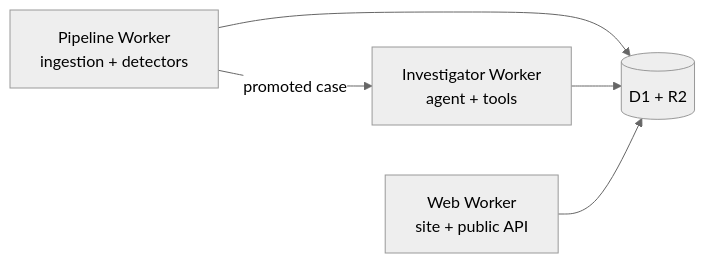
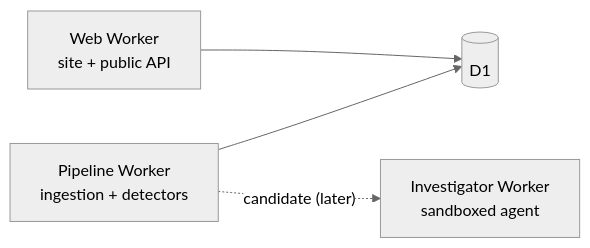
One commit to EzraApple/public-patterns changed the second of 2 diagrams in ARCHITECTURE.md. Above: the diagram before and after it, drawn with Mermaid (neutral theme). The commit also changed other lines of this file and 102 other files, not shown here.

````diff
--- a/ARCHITECTURE.md
+++ b/ARCHITECTURE.md
@@ -62,12 +68,11 @@
 ```mermaid
 flowchart LR
     Web["Web Worker<br/>site + public API"]
     Pipeline["Pipeline Worker<br/>ingestion + detectors"]
-    Investigator["Investigator Worker<br/>agent + tools"]
-    Storage[("D1 + R2")]
+    Investigator["Investigator Worker<br/>sandboxed agent"]
+    Storage[("D1")]
 
     Pipeline --> Storage
-    Pipeline -->|"promoted case"| Investigator
-    Investigator --> Storage
+    Pipeline -.->|"candidate (later)"| Investigator
     Web --> Storage
 ```
````
